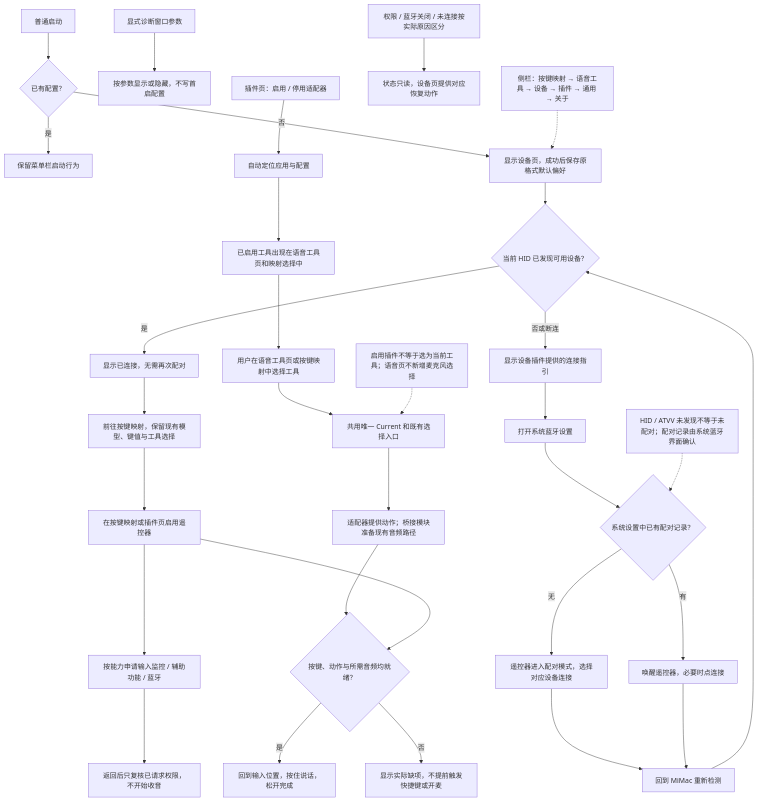
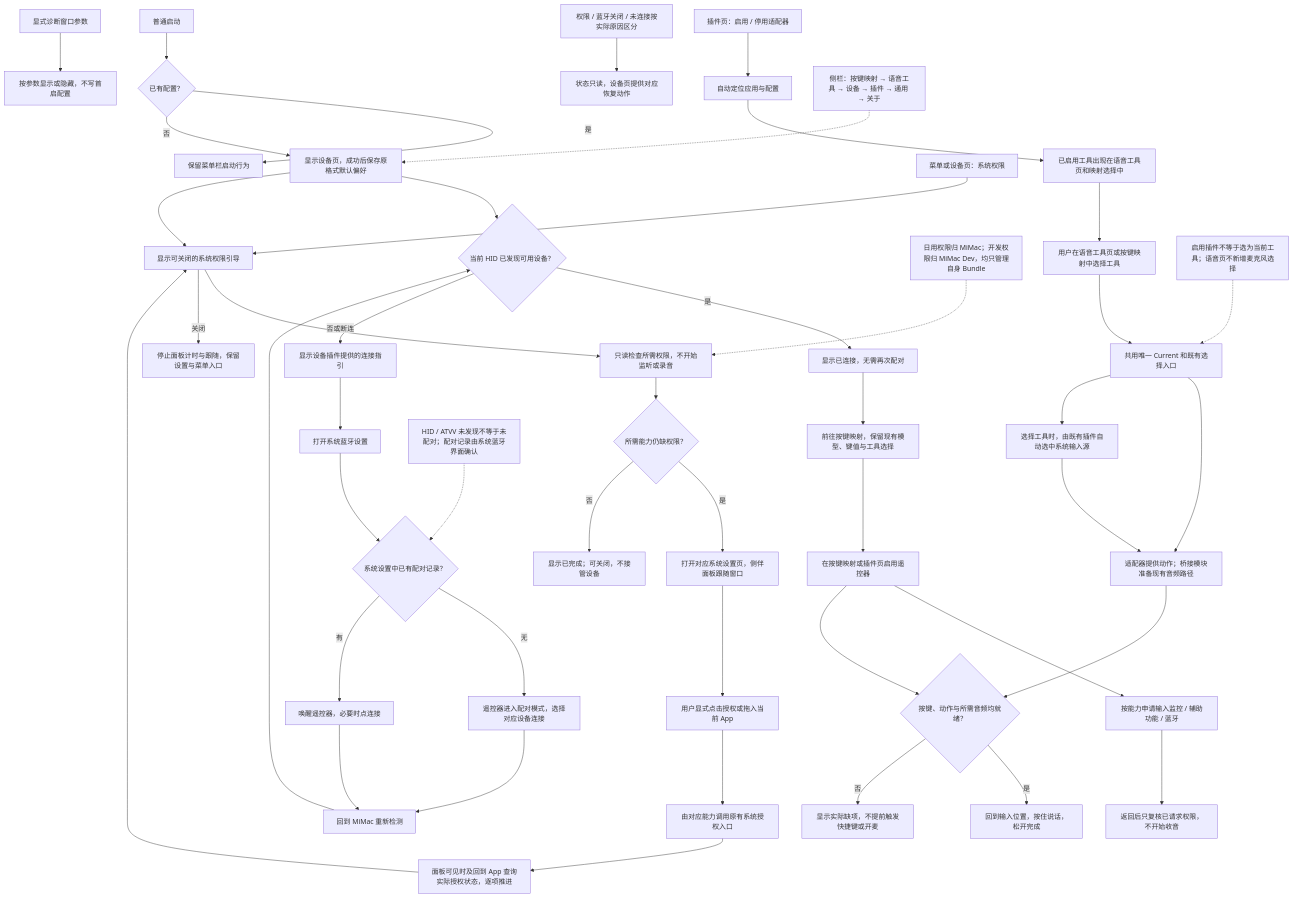
Before and after one commit to daftAI2026/MiMac: the diagram in tools/workbench/diagrams/first-use-setup.mmd, drawn with Mermaid. The commit also changed 35 other files, not shown here.

Commit message:
Add isolated installation and permission guide candidate

```diff
--- a/tools/workbench/diagrams/first-use-setup.mmd
+++ b/tools/workbench/diagrams/first-use-setup.mmd
@@ -1,33 +1,47 @@
 flowchart TD
     launch["普通启动"] --> known{"已有配置？"}
     known -->|是| tray["保留菜单栏启动行为"]
     known -->|否| device["显示设备页，成功后保存原格式默认偏好"]
     explicit["显式诊断窗口参数"] --> override["按参数显示或隐藏，不写首启配置"]
     device --> detected{"当前 HID 已发现可用设备？"}
+    device --> permissionGuide["显示可关闭的系统权限引导"]
+    reopen["菜单或设备页：系统权限"] --> permissionGuide
+    permissionGuide --> inspect["只读检查所需权限，不开始监听或录音"]
+    inspect --> missing{"所需能力仍缺权限？"}
+    missing -->|是| settings["打开对应系统设置页，侧伴面板跟随窗口"]
+    settings --> grantAction["用户显式点击授权或拖入当前 App"]
+    missing -->|否| complete["显示已完成；可关闭，不接管设备"]
+    grantAction --> nativeGrant["由对应能力调用原有系统授权入口"]
+    nativeGrant --> guideRefresh["面板可见时及回到 App 查询实际授权状态，逐项推进"]
+    guideRefresh --> permissionGuide
+    identity["日用权限归 MiMac；开发权限归 MiMac Dev，均只管理自身 Bundle"] -.-> inspect
+    permissionGuide -->|关闭| keepSettings["停止面板计时与跟随，保留设置与菜单入口"]
     detected -->|是| connected["显示已连接，无需再次配对"]
     connected --> mappings["前往按键映射，保留现有模型、键值与工具选择"]
     mappings --> enable
     detected -->|否或断连| help["显示设备插件提供的连接指引"]
     help --> pair["打开系统蓝牙设置"]
     pair --> saved{"系统设置中已有配对记录？"}
     saved -->|无| pairing["遥控器进入配对模式，选择对应设备连接"]
     saved -->|有| reconnect["唤醒遥控器，必要时点连接"]
     pairing --> recheck["回到 MiMac 重新检测"]
     reconnect --> recheck
     recheck --> detected
     evidence["HID / ATVV 未发现不等于未配对；配对记录由系统蓝牙界面确认"] -.-> saved
     enable["在按键映射或插件页启用遥控器"]
     enable --> grants["按能力申请输入监控 / 辅助功能 / 蓝牙"]
     grants --> returnApp["返回后只复核已请求权限，不开始收音"]
     plugins["插件页：启用 / 停用适配器"] --> discovery["自动定位应用与配置"]
     discovery --> available["已启用工具出现在语音工具页和映射选择中"]
     available --> choose["用户在语音工具页或按键映射中选择工具"]
     choose --> current["共用唯一 Current 和既有选择入口"]
     current --> resolve["适配器提供动作；桥接模块准备现有音频路径"]
+    current --> selectSource["选择工具时，由既有插件自动选中系统输入源"]
+    selectSource --> resolve
     resolve --> ready{"按键、动作与所需音频均就绪？"}
     enable --> ready
     ready -->|是| action["回到输入位置，按住说话，松开完成"]
     ready -->|否| status["显示实际缺项，不提前触发快捷键或开麦"]
     separate["启用插件不等于选为当前工具；语音页不新增麦克风选择"] -.-> current
     failures["权限 / 蓝牙关闭 / 未连接按实际原因区分"] --> next["状态只读，设备页提供对应恢复动作"]
     navigation["侧栏：按键映射 → 语音工具 → 设备 → 插件 → 通用 → 关于"] -.-> device
```
